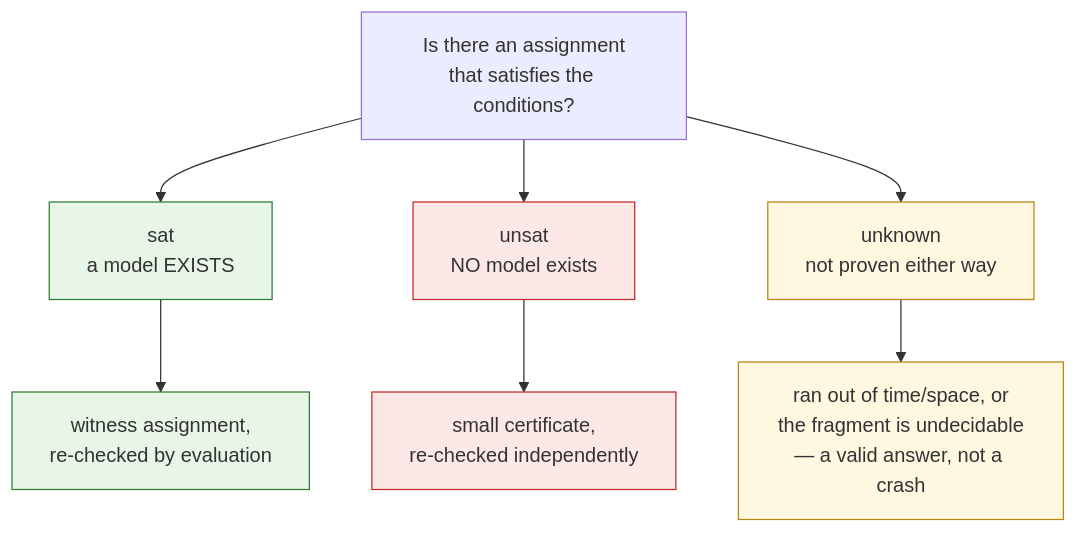
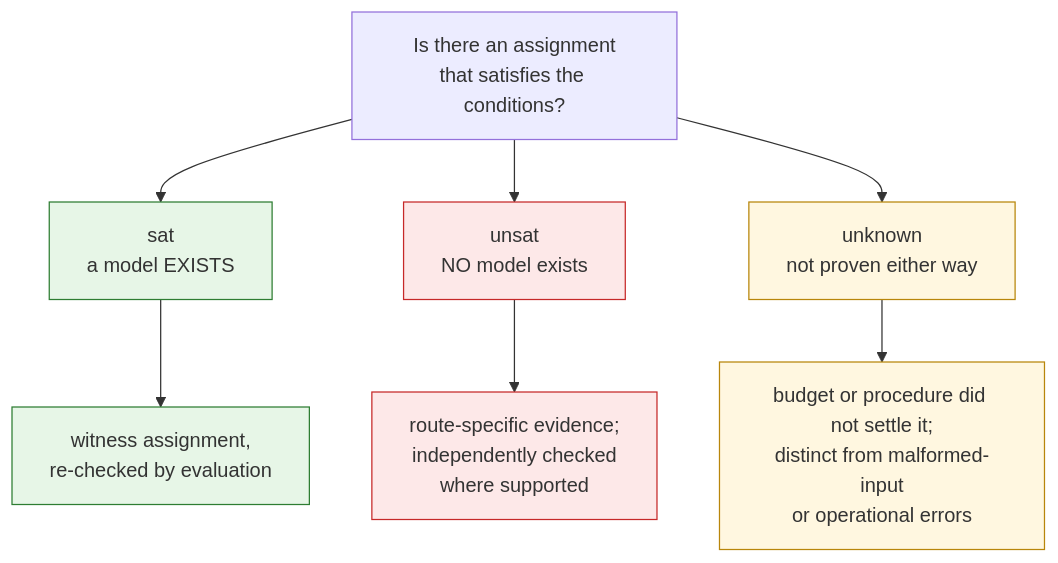
Before and after one commit to mjbommar/axeyum: the diagram in docs/learn/01-what-is-automated-reasoning.md, drawn with Mermaid. The commit also changed other lines of this file and 4 other files, not shown here.

````diff
--- a/docs/learn/01-what-is-automated-reasoning.md
+++ b/docs/learn/01-what-is-automated-reasoning.md
@@ -47,18 +47,18 @@
 ```mermaid
 flowchart TD
     Q["Is there an assignment<br/>that satisfies the conditions?"]
     Q --> S["sat<br/>a model EXISTS"]
     Q --> U["unsat<br/>NO model exists"]
     Q --> K["unknown<br/>not proven either way"]
 
     S --> Sn["witness assignment,<br/>re-checked by evaluation"]
-    U --> Un["small certificate,<br/>re-checked independently"]
-    K --> Kn["ran out of time/space, or<br/>the fragment is undecidable<br/>— a valid answer, not a crash"]
+    U --> Un["route-specific evidence;<br/>independently checked<br/>where supported"]
+    K --> Kn["budget or procedure did not settle it;<br/>distinct from malformed-input<br/>or operational errors"]
 
     classDef sat fill:#e7f6e7,stroke:#2e7d32;
     classDef uns fill:#fde8e8,stroke:#c62828;
     classDef unk fill:#fff7e0,stroke:#b8860b;
     class S,Sn sat;
     class U,Un uns;
     class K,Kn unk;
 ```
````
